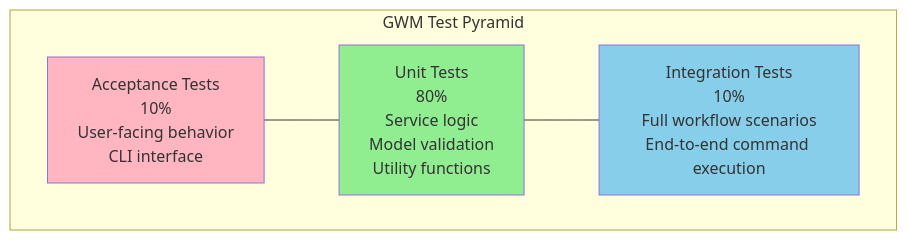
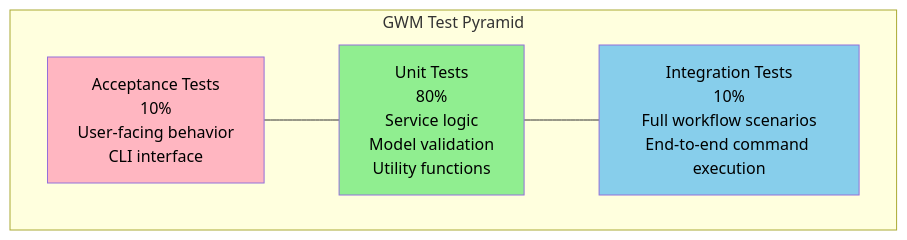
Diagram 11 of 12 in docs/ARCHITECTURE.md (timovandeput/gwm), drawn with Mermaid before and after one commit. The commit also changed other lines of this file and 1 other file, not shown here.

Commit message:
docs: update ARCHITECTURE.md to reflect changes in technology stack and structure

````diff
--- a/docs/ARCHITECTURE.md
+++ b/docs/ARCHITECTURE.md
@@ -503,15 +399,15 @@
 ```mermaid
 graph TD
     subgraph Pyramid["GWM Test Pyramid"]
         AT["Acceptance Tests<br/>10%<br/>User-facing behavior<br/>CLI interface"]
         UT["Unit Tests<br/>80%<br/>Service logic<br/>Model validation<br/>Utility functions"]
         IT["Integration Tests<br/>10%<br/>Full workflow scenarios<br/>End-to-end command execution"]
     end
-    
+
     AT --- UT
     UT --- IT
-    
-    style UT fill:#90EE90
-    style IT fill:#87CEEB
-    style AT fill:#FFB6C1
+
+    style UT fill:#90EE90,color:#000000
+    style IT fill:#87CEEB,color:#000000
+    style AT fill:#FFB6C1,color:#000000
 ```
````
